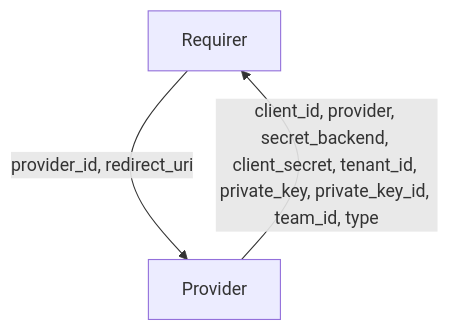
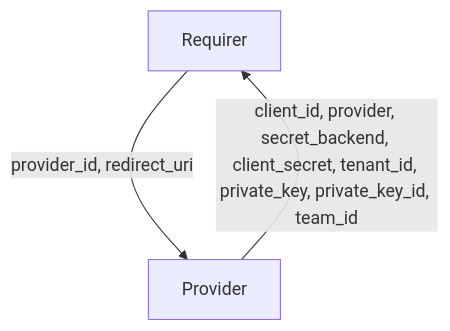
The diagram in interfaces/kratos_external_idp/v0/README.md (canonical/charm-relation-interfaces), drawn with Mermaid before and after one commit. The commit also changed other lines of this file and 1 other file, not shown here.

Commit message:
Rename type to provider

````diff
--- a/interfaces/kratos_external_idp/v0/README.md
+++ b/interfaces/kratos_external_idp/v0/README.md
@@ -14,5 +14,5 @@
 ```mermaid
 flowchart
     Requirer -- provider_id, redirect_uri --> Provider
-    Provider -- client_id, provider, secret_backend, client_secret, tenant_id, private_key, private_key_id, team_id, type --> Requirer
+    Provider -- client_id, provider, secret_backend, client_secret, tenant_id, private_key, private_key_id, team_id --> Requirer
 ```
````
